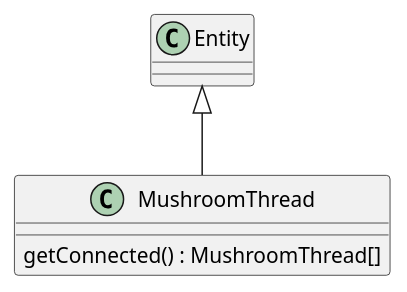
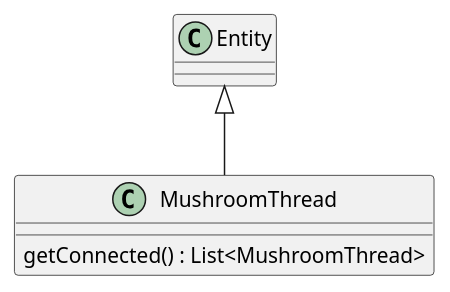
One commit to Petya-G/fungorium changed the diagram in 3/classes/mushroomThread.puml. Above: the diagram before and after it, drawn with PlantUML. The commit also changed 6 other files, not shown here.

```diff
--- a/3/classes/mushroomThread.puml
+++ b/3/classes/mushroomThread.puml
@@ -1,7 +1,7 @@
 @startuml mushroomThread
 
 Entity <|-- MushroomThread
 class MushroomThread{
-    getConnected() : MushroomThread[] 
+    getConnected() : List<MushroomThread>
 }
 @enduml
```
